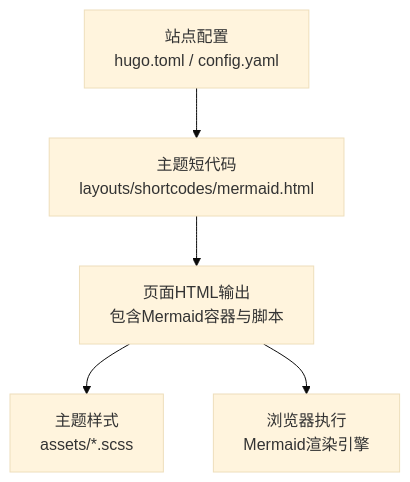
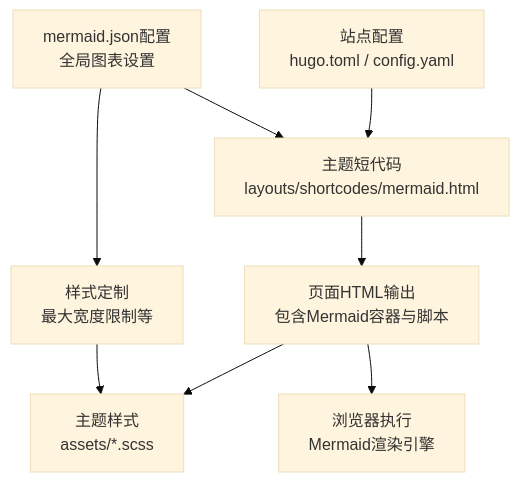
The first of 3 diagrams in .qoder/repowiki/zh/content/内容创作指南/多媒体元素集成/Mermaid图表绘制/Mermaid图表绘制.md (nianjiang/nianjiang.github.io), drawn with Mermaid (base theme) before and after one commit. The commit also changed other lines of this file and 176 other files, not shown here.

````diff
--- a/.qoder/repowiki/zh/content/内容创作指南/多媒体元素集成/Mermaid图表绘制/Mermaid图表绘制.md
+++ b/.qoder/repowiki/zh/content/内容创作指南/多媒体元素集成/Mermaid图表绘制/Mermaid图表绘制.md
@@ -38,7 +49,10 @@
 ```mermaid
 graph TB
 A["站点配置<br/>hugo.toml / config.yaml"] --> B["主题短代码<br/>layouts/shortcodes/mermaid.html"]
 B --> C["页面HTML输出<br/>包含Mermaid容器与脚本"]
 C --> D["主题样式<br/>assets/*.scss"]
 C --> E["浏览器执行<br/>Mermaid渲染引擎"]
+F["mermaid.json配置<br/>全局图表设置"] --> B
+F --> G["样式定制<br/>最大宽度限制等"]
+G --> D
 ```
````
